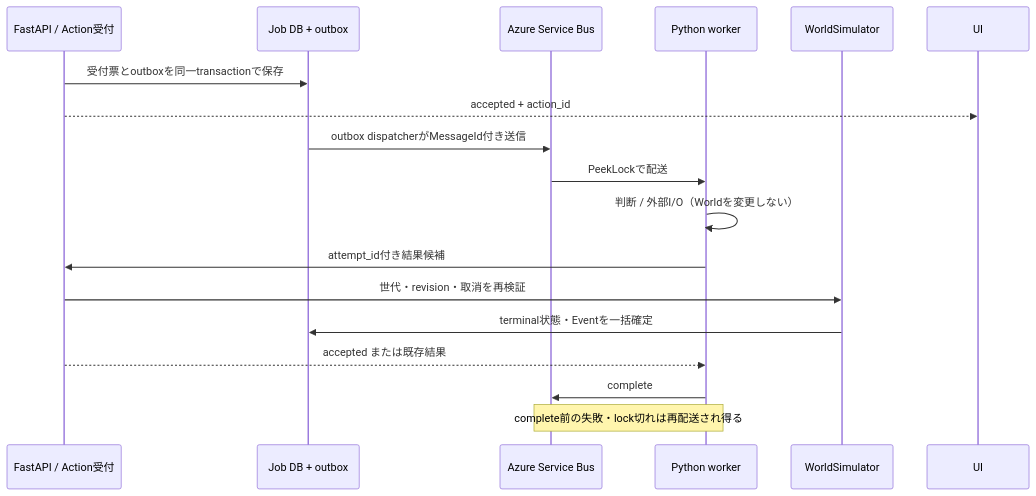
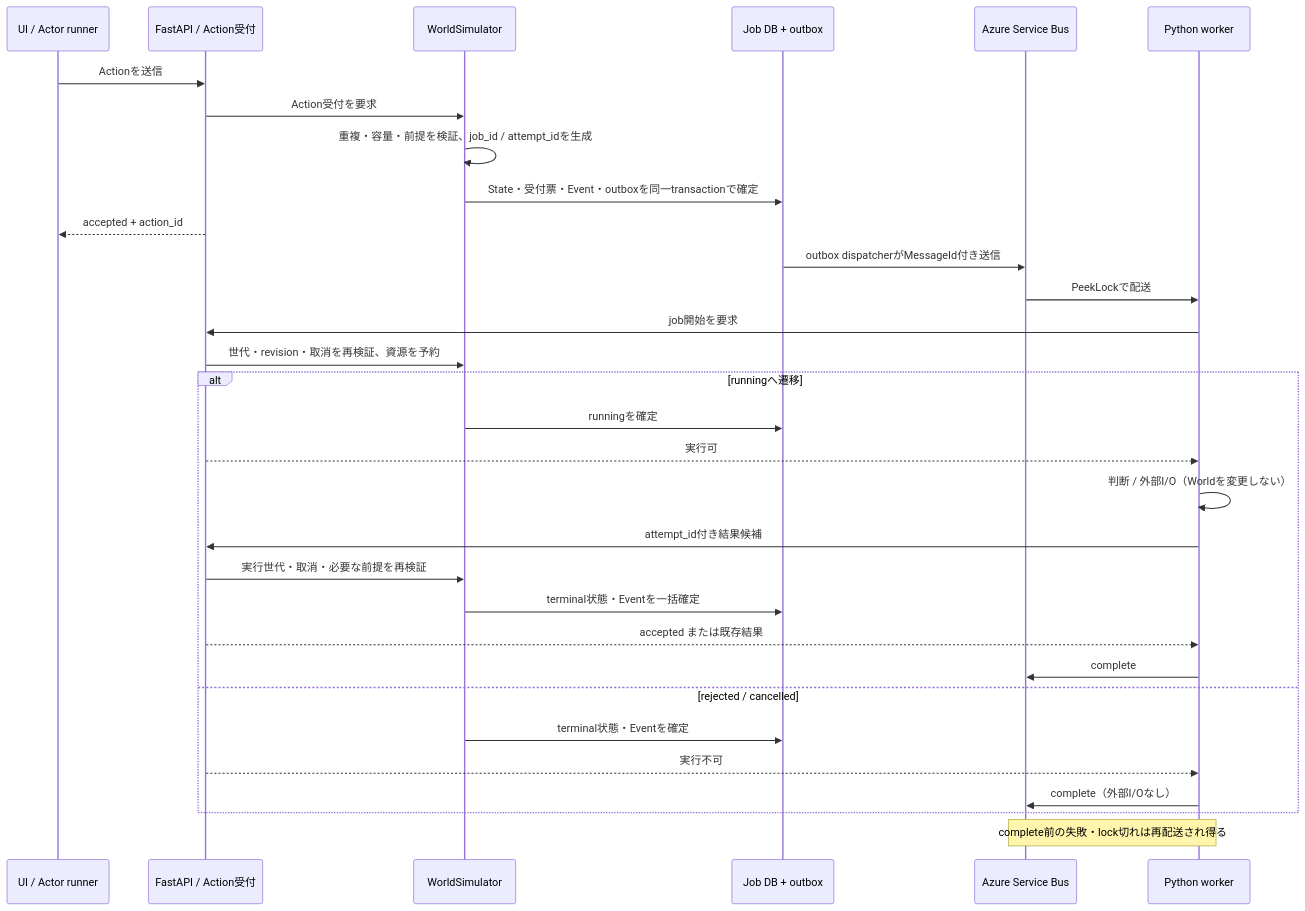
One commit to yomote/agent-world changed the fourth of 4 diagrams in docs/runbooks/design-review.md. Above: the diagram before and after it, drawn with Mermaid. The commit also changed other lines of this file, not shown here.

Commit message:
docs: fix async job validation order

````diff
--- a/docs/runbooks/design-review.md
+++ b/docs/runbooks/design-review.md
@@ -76,19 +78,33 @@
 ```mermaid
 sequenceDiagram
+    participant UI as UI / Actor runner
     participant API as FastAPI / Action受付
+    participant W as WorldSimulator
     participant DB as Job DB + outbox
     participant Q as Azure Service Bus
     participant WK as Python worker
-    participant W as WorldSimulator
-    API->>DB: 受付票とoutboxを同一transactionで保存
+    UI->>API: Actionを送信
+    API->>W: Action受付を要求
+    W->>W: 重複・容量・前提を検証、job_id / attempt_idを生成
+    W->>DB: State・受付票・Event・outboxを同一transactionで確定
     API-->>UI: accepted + action_id
     DB->>Q: outbox dispatcherがMessageId付き送信
     Q->>WK: PeekLockで配送
-    WK->>WK: 判断 / 外部I/O（Worldを変更しない）
-    WK->>API: attempt_id付き結果候補
-    API->>W: 世代・revision・取消を再検証
-    W->>DB: terminal状態・Eventを一括確定
-    API-->>WK: accepted または既存結果
-    WK->>Q: complete
+    WK->>API: job開始を要求
+    API->>W: 世代・revision・取消を再検証、資源を予約
+    alt runningへ遷移
+        W->>DB: runningを確定
+        API-->>WK: 実行可
+        WK->>WK: 判断 / 外部I/O（Worldを変更しない）
+        WK->>API: attempt_id付き結果候補
+        API->>W: 実行世代・取消・必要な前提を再検証
+        W->>DB: terminal状態・Eventを一括確定
+        API-->>WK: accepted または既存結果
+        WK->>Q: complete
+    else rejected / cancelled
+        W->>DB: terminal状態・Eventを確定
+        API-->>WK: 実行不可
+        WK->>Q: complete（外部I/Oなし）
+    end
     Note over Q,WK: complete前の失敗・lock切れは再配送され得る
 ```
````
